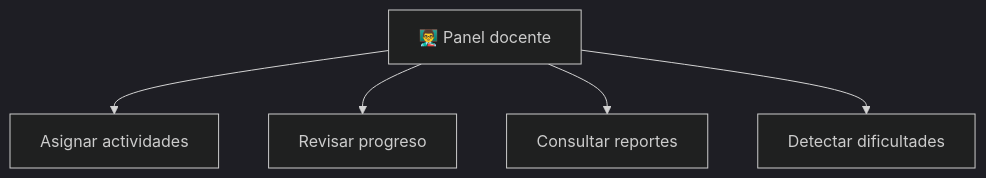
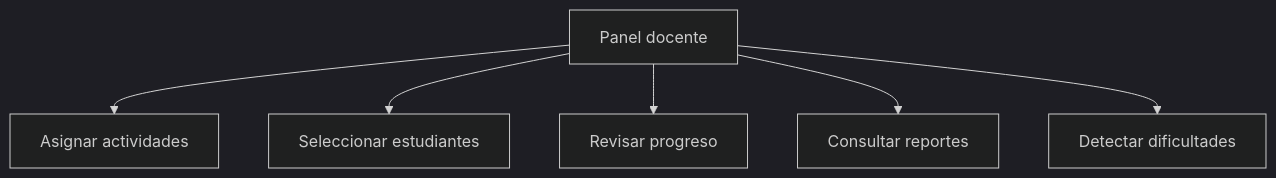
One commit to Nilton-Lazo/proyecto-mern-ia changed the fifth of 6 diagrams in PPT_IMPLEMENTACION_DEMOSTRACION_ICACIT.md. Above: the diagram before and after it, drawn with Mermaid (dark theme). The commit also changed other lines of this file and 1 other file, not shown here.

````diff
--- a/PPT_IMPLEMENTACION_DEMOSTRACION_ICACIT.md
+++ b/PPT_IMPLEMENTACION_DEMOSTRACION_ICACIT.md
@@ -224,7 +208,8 @@
 ```mermaid
 flowchart TD
-    P[👨‍🏫 Panel docente] --> A[Asignar actividades]
-    P --> B[Revisar progreso]
-    P --> C[Consultar reportes]
-    P --> D[Detectar dificultades]
+    P[Panel docente] --> A[Asignar actividades]
+    P --> B[Seleccionar estudiantes]
+    P --> C[Revisar progreso]
+    P --> D[Consultar reportes]
+    P --> E[Detectar dificultades]
 ```
````
